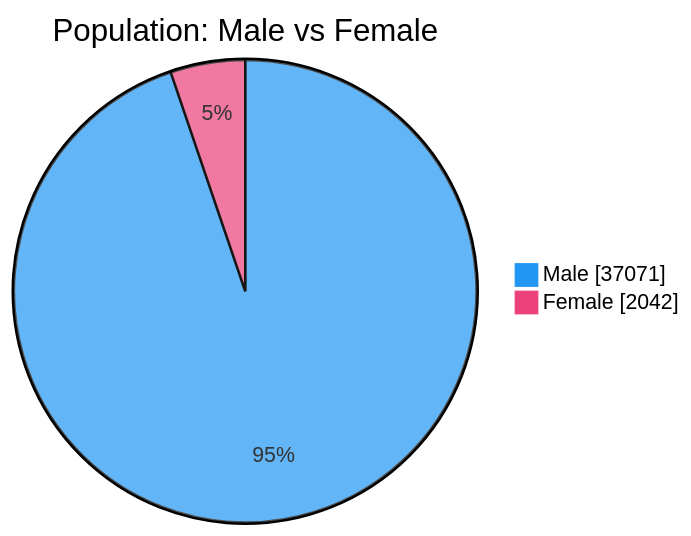
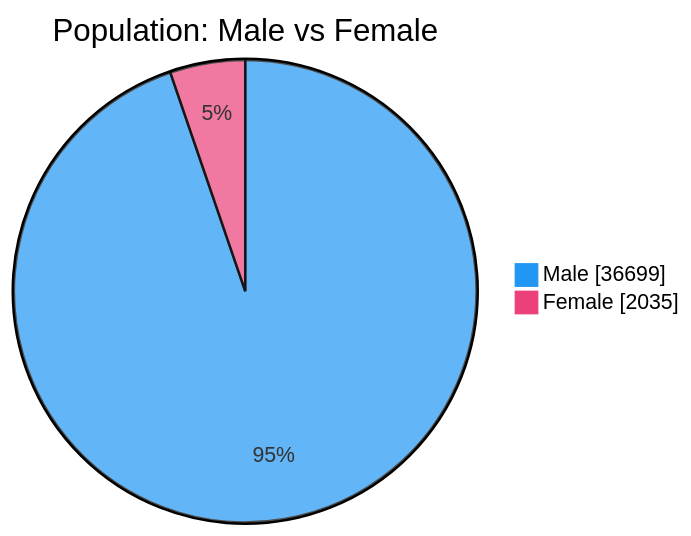
One commit to nuuuwan/lk_prisons changed the second of 7 diagrams in README.md. Above: the diagram before and after it, drawn with Mermaid. The commit also changed other lines of this file and 1 other file, not shown here.

````diff
--- a/README.md
+++ b/README.md
@@ -54,6 +54,6 @@
 ```mermaid
 %%{init: {'themeVariables': {'pie1': '#2196F3', 'pie2': '#EC407A'}}}%%
 pie showData title Population: Male vs Female
-    "Male" : 37071
-    "Female" : 2042
+    "Male" : 36699
+    "Female" : 2035
 ```
````
